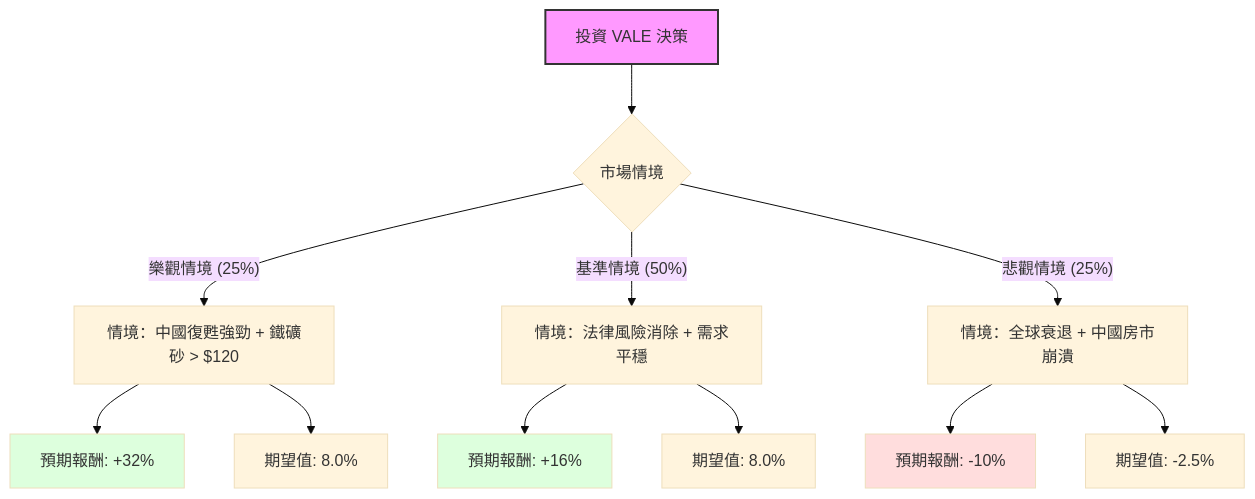
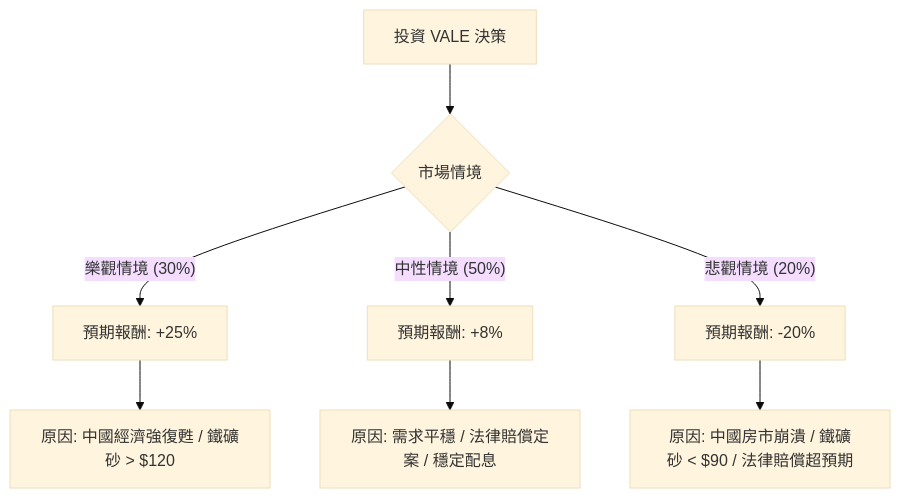
The diagram in plugin-react/ai-analysis/ev-analysis/VALE.md (zmcx16/zmcx16.github.io), drawn with Mermaid (base theme) before and after one commit. The commit also changed other lines of this file and 64 other files, not shown here.

````diff
--- a/plugin-react/ai-analysis/ev-analysis/VALE.md
+++ b/plugin-react/ai-analysis/ev-analysis/VALE.md
@@ -18,21 +23,13 @@
 ```mermaid
 graph TD
     A[投資 VALE 決策] --> B{市場情境}
     
-    B -- 樂觀情境 (25%) --> C[情境：中國復甦強勁 + 鐵礦砂 > $120]
-    C --> C1[預期報酬: +32%]
-    C --> C2[期望值: 8.0%]
-
-    B -- 基準情境 (50%) --> D[情境：法律風險消除 + 需求平穩]
-    D --> D1[預期報酬: +16%]
-    D --> D2[期望值: 8.0%]
-
-    B -- 悲觀情境 (25%) --> E[情境：全球衰退 + 中國房市崩潰]
-    E --> E1[預期報酬: -10%]
-    E --> E2[期望值: -2.5%]
-
-    style A fill:#f9f,stroke:#333,stroke-width:2px
-    style C1 fill:#dfd
-    style D1 fill:#dfd
-    style E1 fill:#fdd
+    B -- 樂觀情境 (30%) --> C[預期報酬: +25%]
+    C --> C1[原因: 中國經濟強復甦 / 鐵礦砂 > $120]
+    
+    B -- 中性情境 (50%) --> D[預期報酬: +8%]
+    D --> D1[原因: 需求平穩 / 法律賠償定案 / 穩定配息]
+    
+    B -- 悲觀情境 (20%) --> E[預期報酬: -20%]
+    E --> E1[原因: 中國房市崩潰 / 鐵礦砂 < $90 / 法律賠償超預期]
 ```
````
